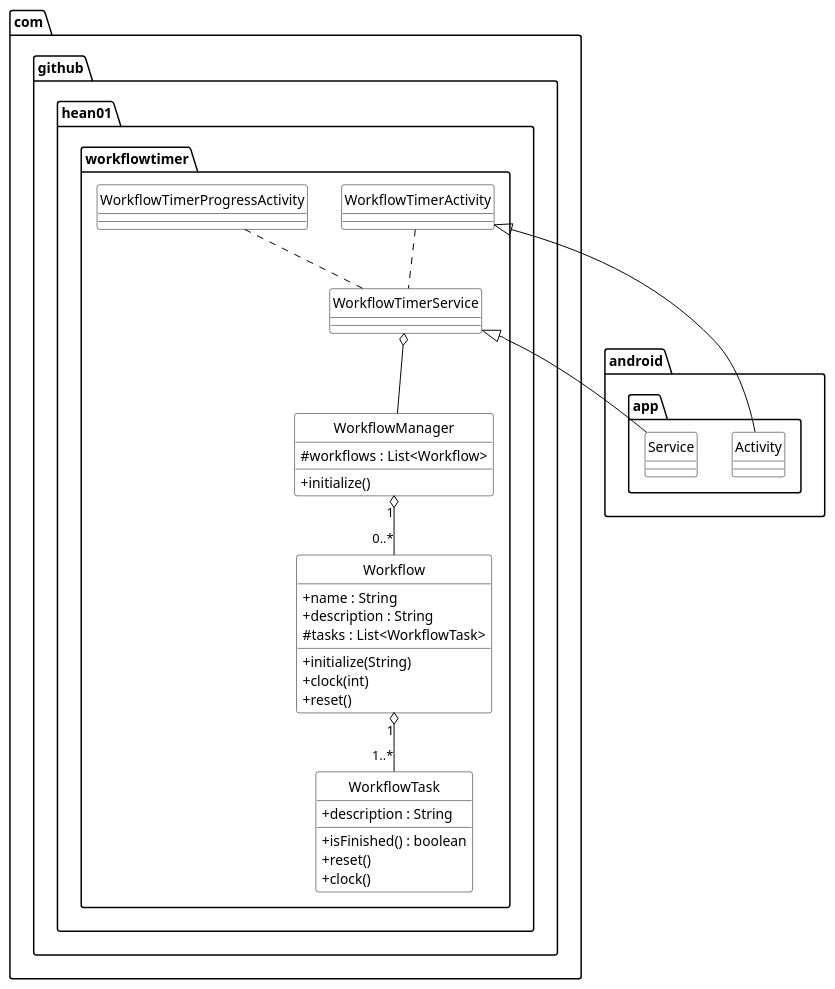
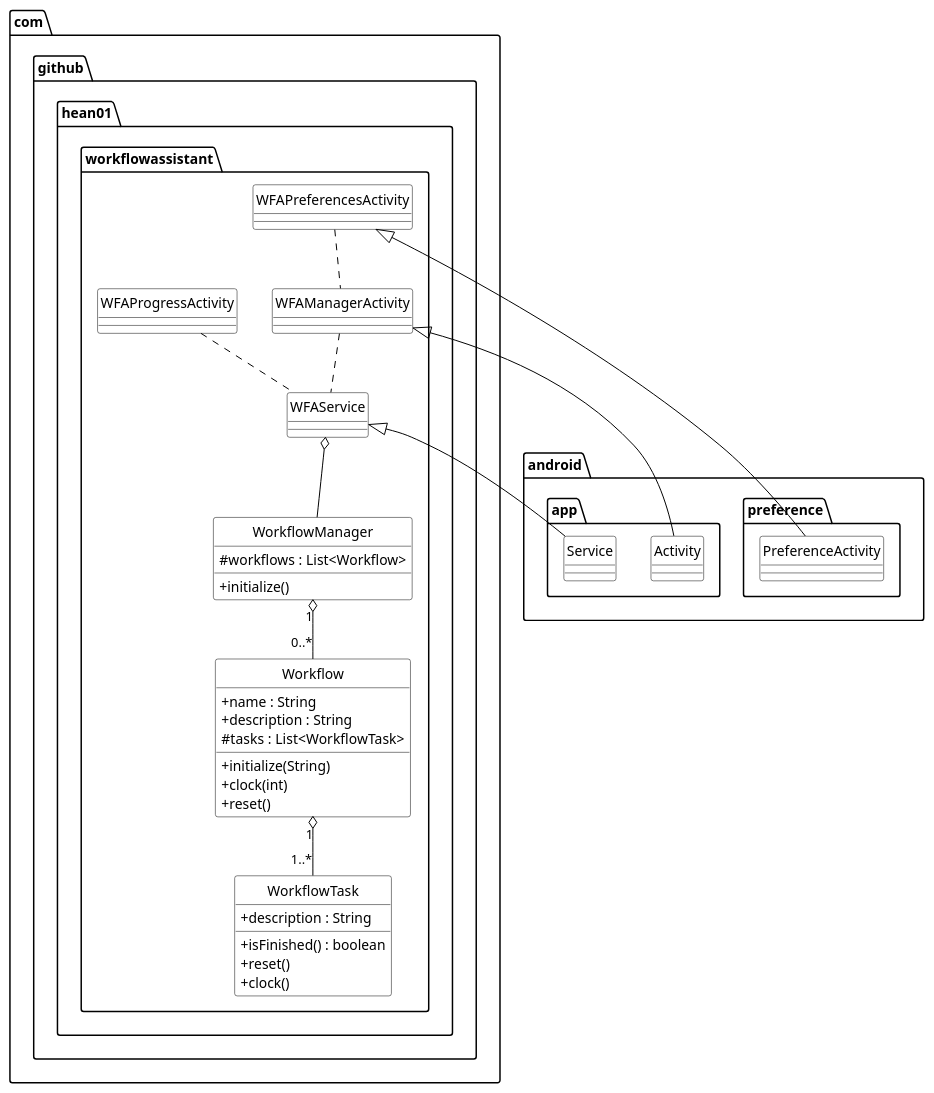
Before and after one commit to hean01/wfa: the diagram in docs/internals.org, drawn with PlantUML. The commit also changed other lines of this file and 10 other files, not shown here.

Commit message:
Renamed App to 'Workflow Assistant' and changed all related stuff. At the same time rename the classes to something shorter.

```diff
--- a/docs/internals.org
+++ b/docs/internals.org
@@ -45,54 +49,59 @@
 #+BEGIN_SRC plantuml :file class_diagram.svg
 skinparam backgroundColor #FFFFFF
 hide circle
 
 skinparam class {
   AttributeIconSize 0
   ArrowColor Black
   BackgroundColor White
   BorderColor Black
 }
 
-package com.github.hean01.workflowtimer {
-class WorkflowTimerService {
+package com.github.hean01.workflowassistant {
+class WFAService {
 }
 
-class WorkflowTimerActivity {
+class WFAManagerActivity {
 }
 
-class WorkflowTimerProgressActivity {
+class WFAPreferencesActivity {
+}
+
+class WFAProgressActivity {
 }
 
 class WorkflowManager {
   + initialize()
   # workflows : List<Workflow>
 }
 
 class Workflow {
  + initialize(String)
  + clock(int)
  + reset()
  + name : String
  + description : String
  # tasks : List<WorkflowTask>
 }
 
 class WorkflowTask {
   + description : String
   + isFinished() : boolean
   + reset()
   + clock()
 }
 }
 
 
 
-WorkflowTimerProgressActivity .. WorkflowTimerService
-WorkflowTimerActivity .. WorkflowTimerService
-WorkflowTimerActivity <|-- android.app.Activity
-WorkflowTimerService <|-- android.app.Service
-WorkflowTimerService o-- WorkflowManager
+WFAProgressActivity .. WFAService
+WFAManagerActivity .. WFAService
+WFAPreferencesActivity .. WFAManagerActivity
+WFAPreferencesActivity <|-- android.preference.PreferenceActivity
+WFAManagerActivity <|-- android.app.Activity
+WFAService <|-- android.app.Service
+WFAService o-- WorkflowManager
 WorkflowManager "1" o-- "0..*" Workflow
 Workflow "1" o-- "1..*" WorkflowTask
 
 #+END_SRC
```
